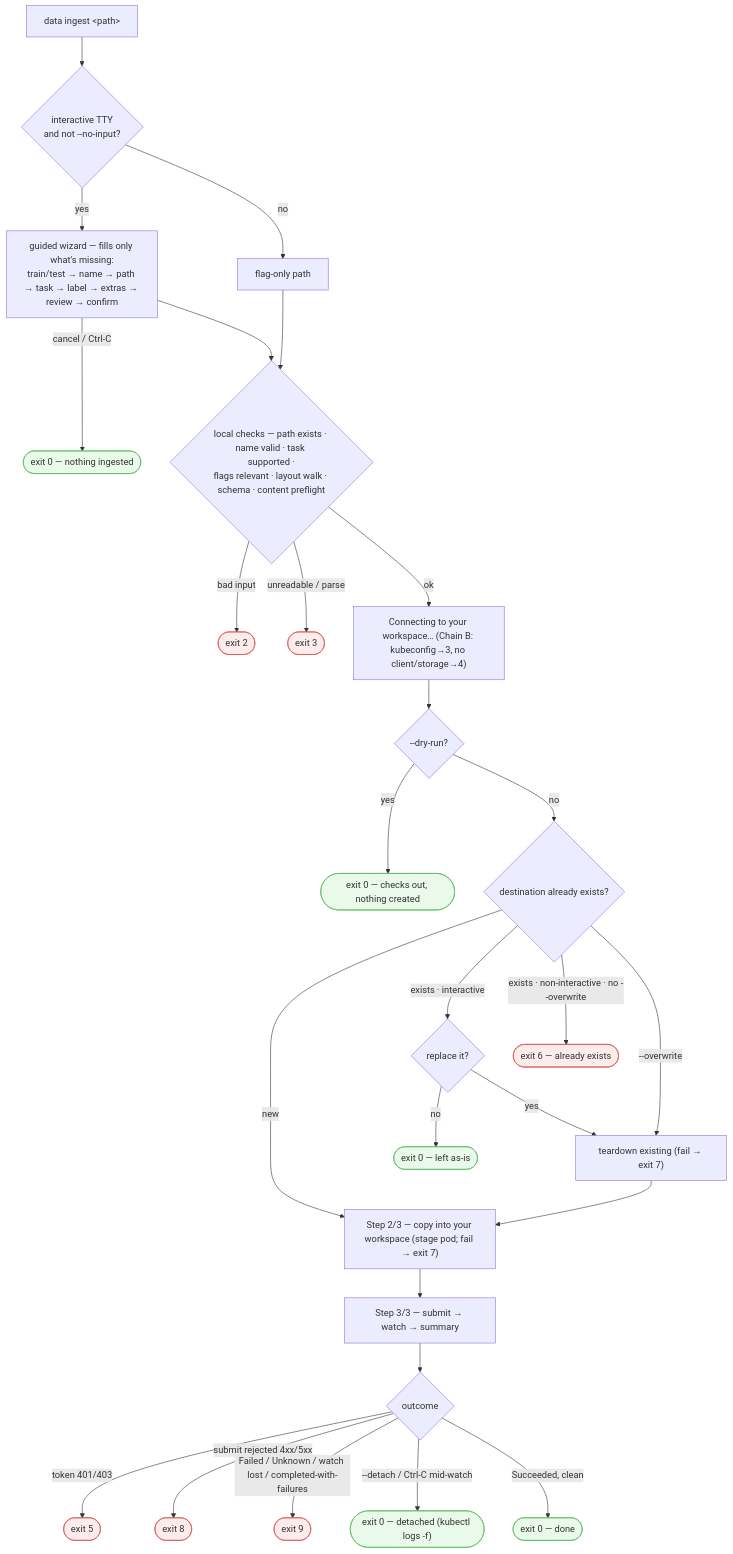
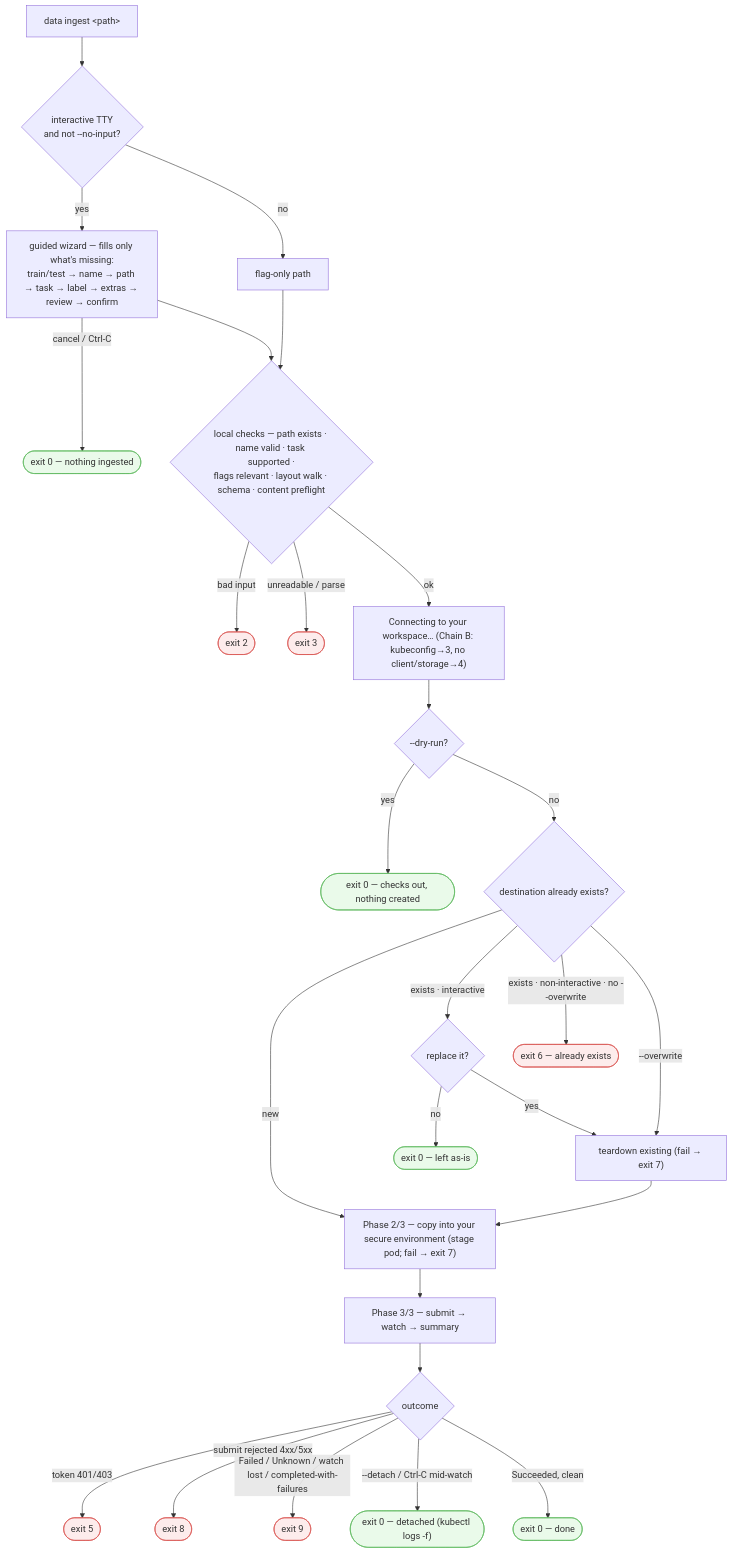
One commit to tracebloc/cli changed the third of 4 diagrams in docs/cli-navigation.md. Above: the diagram before and after it, drawn with Mermaid.

Commit message:
Publish v0.10.88

````diff
--- a/docs/cli-navigation.md
+++ b/docs/cli-navigation.md
@@ -81,36 +81,36 @@
 ```mermaid
 flowchart TD
   di["data ingest &lt;path&gt;"] --> wiz{"interactive TTY<br/>and not --no-input?"}
   wiz -->|yes| W["guided wizard — fills only what's missing:<br/>train/test → name → path → task → label → extras → review → confirm"]
   wiz -->|no| FLAGS["flag-only path"]
   W -->|"cancel / Ctrl-C"| cwiz(["exit 0 — nothing ingested"]):::ok
   W --> LOCAL
   FLAGS --> LOCAL
 
   LOCAL{"local checks — path exists · name valid · task supported ·<br/>flags relevant · layout walk · schema · content preflight"}
   LOCAL -->|"bad input"| e2(["exit 2"]):::fail
   LOCAL -->|"unreadable / parse"| e3(["exit 3"]):::fail
   LOCAL -->|ok| CONN["Connecting to your workspace… (Chain B: kubeconfig→3, no client/storage→4)"]
 
   CONN --> DRY{"--dry-run?"}
   DRY -->|yes| e0dry(["exit 0 — checks out, nothing created"]):::ok
   DRY -->|no| DEST{"destination already exists?"}
   DEST -->|"new"| STAGE
   DEST -->|"exists · interactive"| REPL{"replace it?"}
   REPL -->|no| e0a(["exit 0 — left as-is"]):::ok
   REPL -->|yes| TD
   DEST -->|"exists · non-interactive · no --overwrite"| e6(["exit 6 — already exists"]):::fail
   DEST -->|"--overwrite"| TD["teardown existing (fail → exit 7)"]
   TD --> STAGE
 
-  STAGE["Step 2/3 — copy into your workspace (stage pod; fail → exit 7)"] --> SUB["Step 3/3 — submit → watch → summary"]
+  STAGE["Phase 2/3 — copy into your secure environment (stage pod; fail → exit 7)"] --> SUB["Phase 3/3 — submit → watch → summary"]
   SUB --> OUT{"outcome"}
   OUT -->|"token 401/403"| e5(["exit 5"]):::fail
   OUT -->|"submit rejected 4xx/5xx"| e8(["exit 8"]):::fail
   OUT -->|"Failed / Unknown / watch lost / completed-with-failures"| e9(["exit 9"]):::fail
   OUT -->|"--detach / Ctrl-C mid-watch"| e0d(["exit 0 — detached (kubectl logs -f)"]):::ok
   OUT -->|"Succeeded, clean"| e0s(["exit 0 — done"]):::ok
 
   classDef fail fill:#fdecec,stroke:#d9534f;
   classDef ok fill:#eafaea,stroke:#5cb85c;
 ```
````
